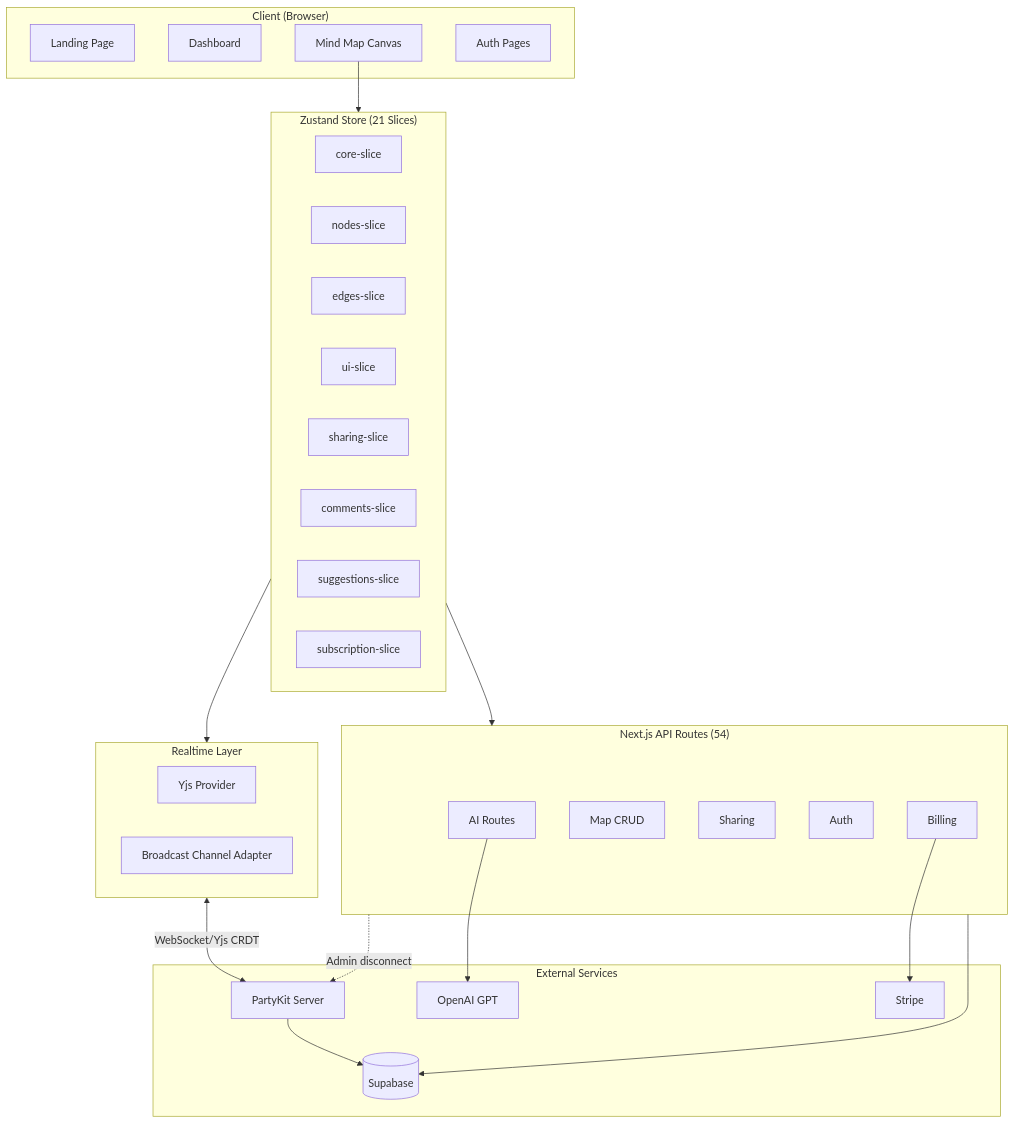
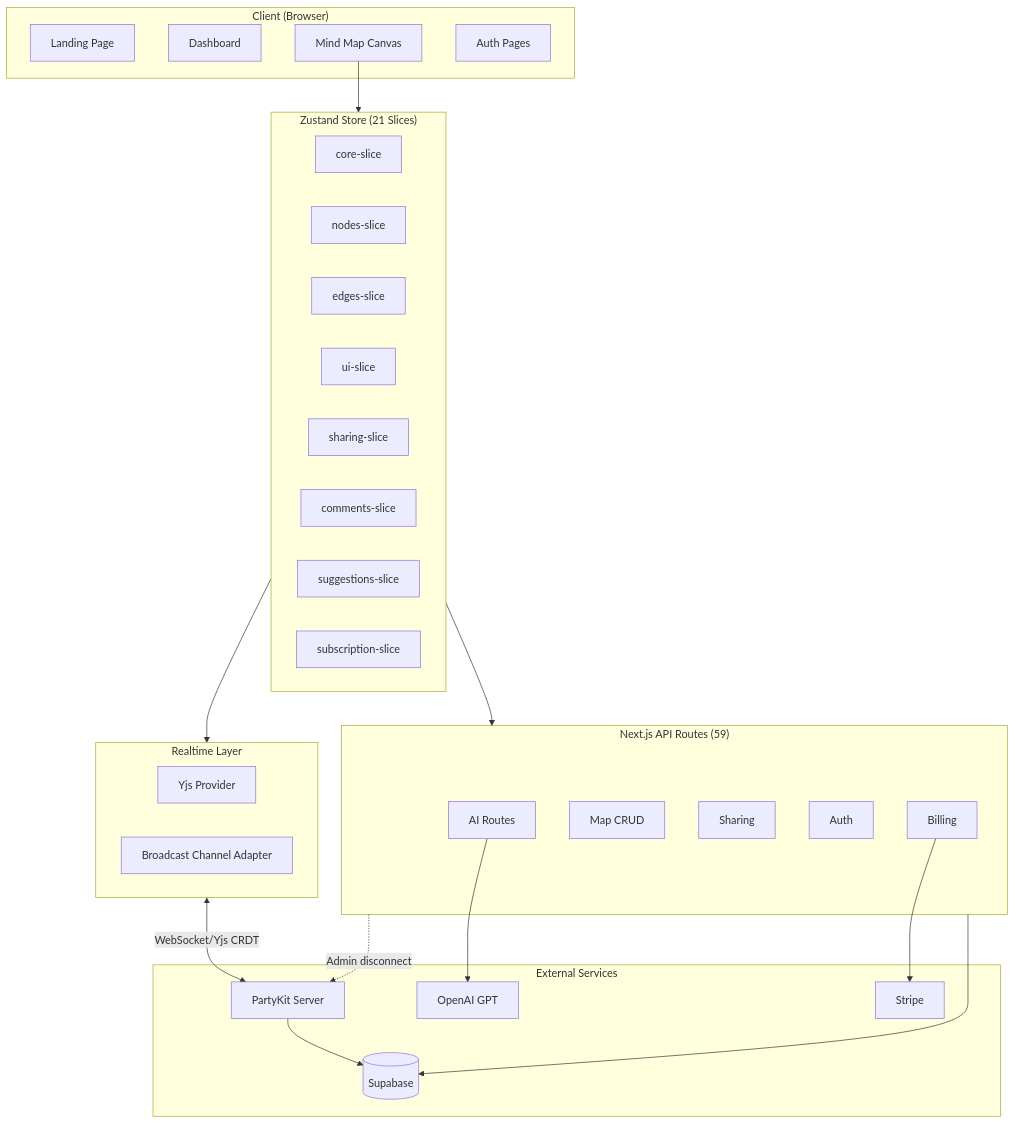
The first of 4 diagrams in docs/CODEBASE_MAP.md (kudziajaroslaw98/moistus-ai), drawn with Mermaid before and after one commit. The commit also changed other lines of this file and 20 other files, not shown here.

````diff
--- a/docs/CODEBASE_MAP.md
+++ b/docs/CODEBASE_MAP.md
@@ -20,50 +21,50 @@
 ```mermaid
 graph TB
     subgraph Client["Client (Browser)"]
         Landing[Landing Page]
         Dashboard[Dashboard]
         Canvas[Mind Map Canvas]
         Auth[Auth Pages]
     end
 
     subgraph State["Zustand Store (21 Slices)"]
         Core[core-slice]
         Nodes[nodes-slice]
         Edges[edges-slice]
         UI[ui-slice]
         Sharing[sharing-slice]
         Comments[comments-slice]
         AI[suggestions-slice]
         Subs[subscription-slice]
     end
 
     subgraph Realtime["Realtime Layer"]
         YjsProvider[Yjs Provider]
         BroadcastAdapter[Broadcast Channel Adapter]
     end
 
-    subgraph API["Next.js API Routes (54)"]
+    subgraph API["Next.js API Routes (59)"]
         AIRoutes[AI Routes]
         MapRoutes[Map CRUD]
         ShareRoutes[Sharing]
         AuthRoutes[Auth]
         BillingRoutes[Billing]
     end
 
     subgraph External["External Services"]
         Supabase[(Supabase)]
         PartyKit[PartyKit Server]
         OpenAI[OpenAI GPT]
         Stripe[Stripe]
     end
 
     Canvas --> State
     State --> Realtime
     Realtime <-->|WebSocket/Yjs CRDT| PartyKit
     PartyKit --> Supabase
     State --> API
     API --> Supabase
     AIRoutes --> OpenAI
     BillingRoutes --> Stripe
     API -.->|Admin disconnect| PartyKit
 ```
````
